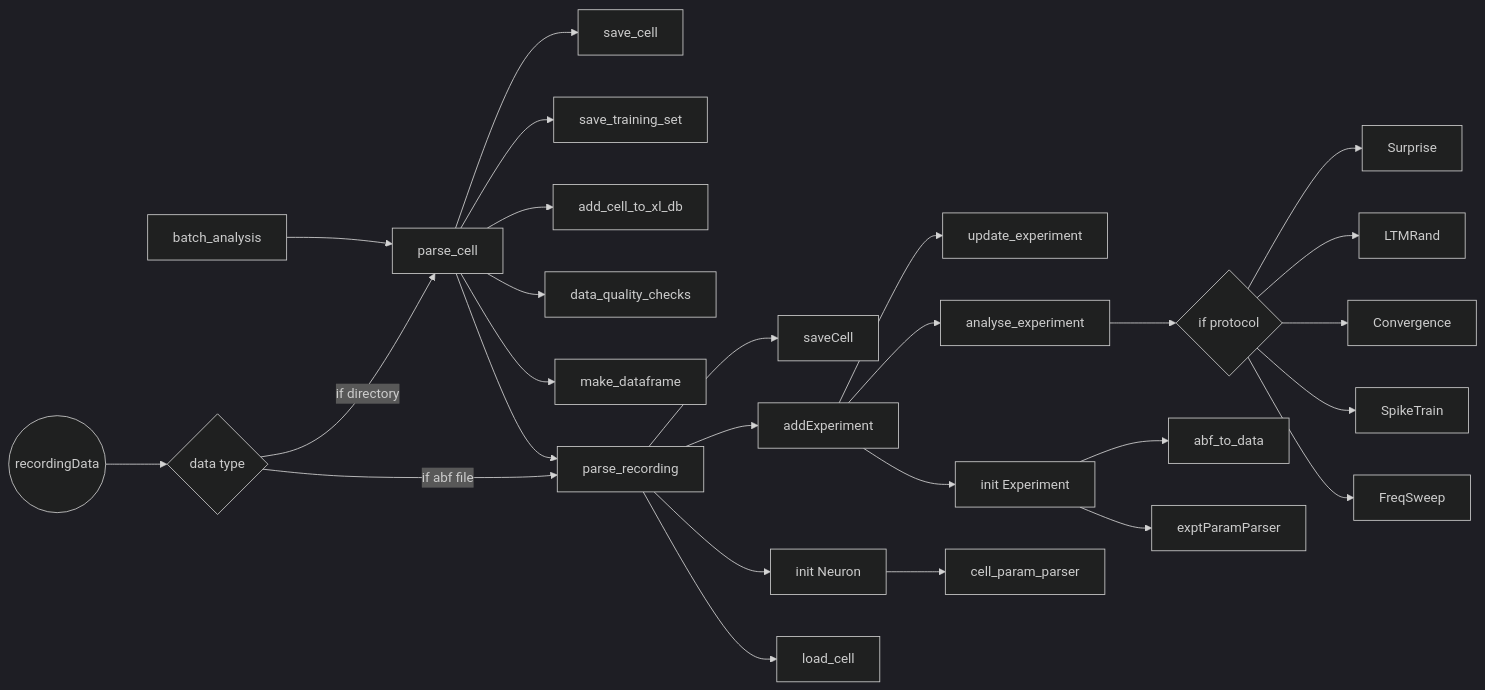
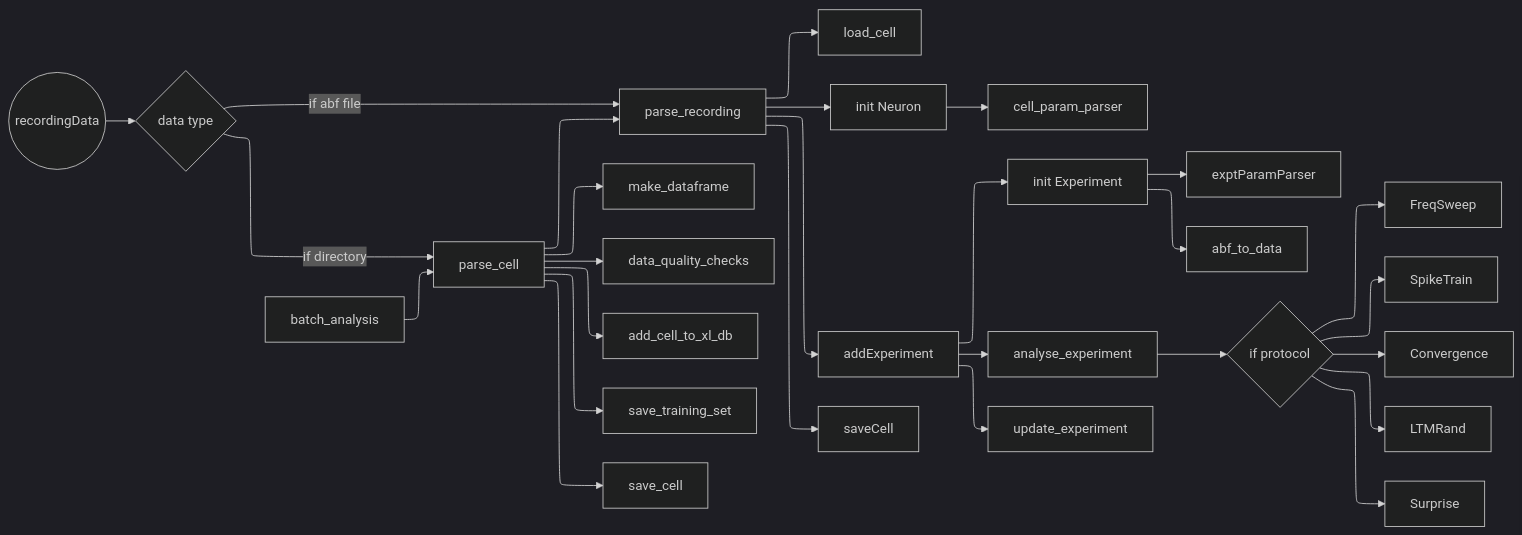
The diagram in readme.md (AdityaAsopa/Analysis), drawn with Mermaid (dark theme) before and after one commit. The commit also changed 7 other files, not shown here.

````diff
--- a/readme.md
+++ b/readme.md
@@ -46,31 +46,31 @@
 ```mermaid
-  graph LR;
+  flowchart-elk LR;
     batch_analysis  --> parse_cell
     rd((recordingData)) --> dt{data type}
     dt  --  if abf file --> parse_recording
     dt  --  if directory--> parse_cell
 
         parse_cell  --> parse_recording
         parse_cell  --> make_dataframe
         parse_cell  --> data_quality_checks
         parse_cell  --> add_cell_to_xl_db
         parse_cell  --> save_training_set
         parse_cell  --> save_cell
 
         parse_recording --> load_cell
         parse_recording --> initNeuronObj[init Neuron]
             initNeuronObj   --> cell_param_parser
         parse_recording --> addExperiment
             addExperiment   --> initExptObj[init Experiment]
                 initExptObj --> exptParamParser
                 initExptObj --> abf_to_data
             addExperiment   --> analyse_experiment
                 analyse_experiment  --> if{if protocol}
                     if  -->  FreqSweep  
                     if  -->  SpikeTrain 
                     if  -->  Convergence
                     if  -->  LTMRand  
                     if  -->  Surprise  
             addExperiment   --> update_experiment  
         parse_recording --> saveCell
 ```
````
